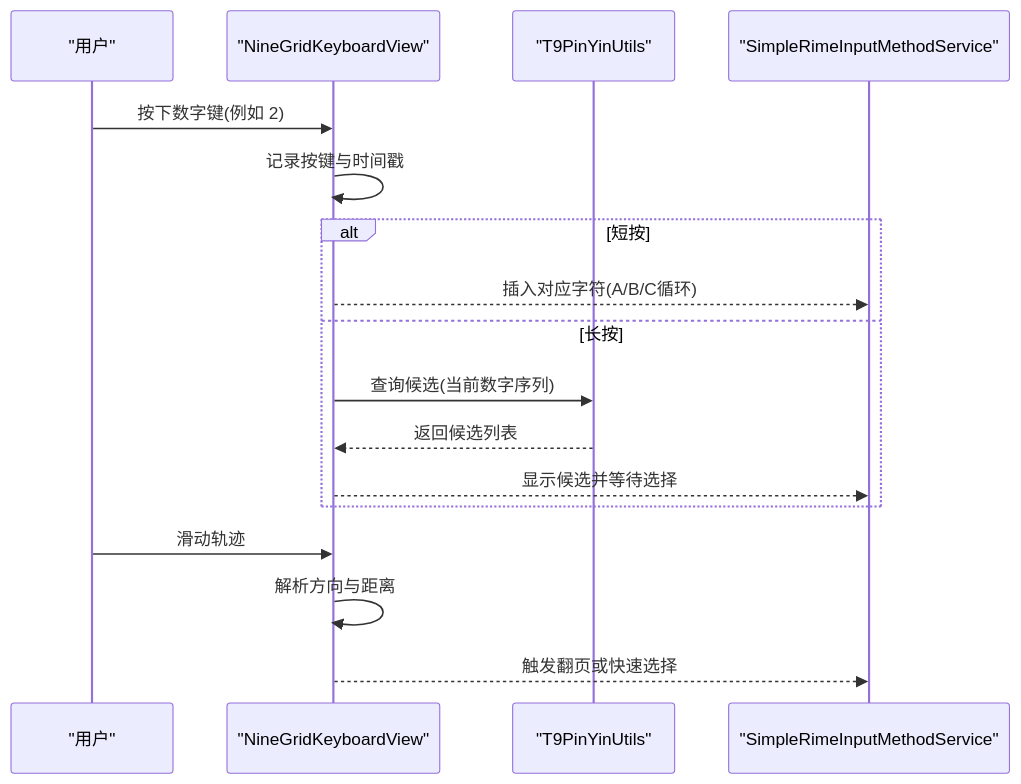
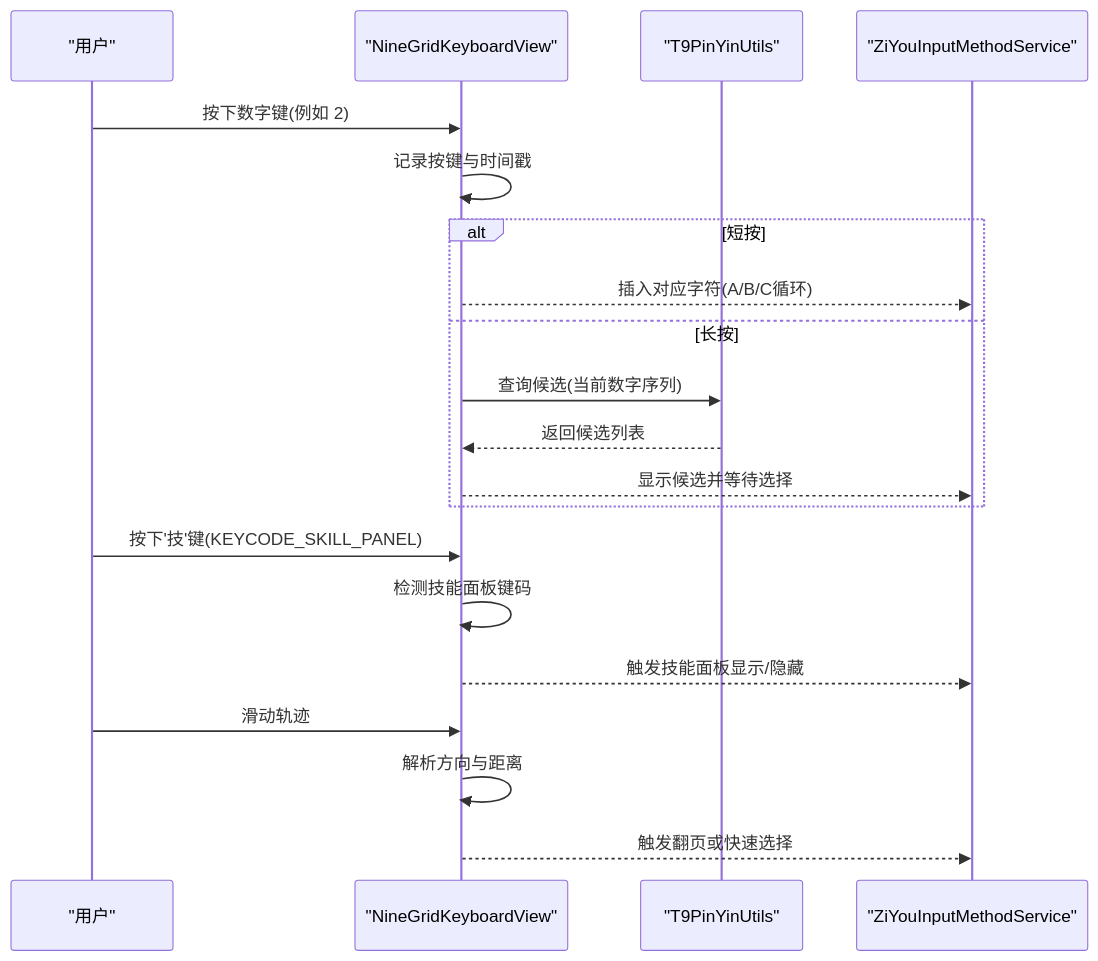
Before and after one commit to qiaodashaoye/ziyou-ime: the fourth of 10 diagrams in .qoder/repowiki/zh/content/键盘实现/键盘实现.md, drawn with Mermaid. The commit also changed other lines of this file and 28 other files, not shown here.

````diff
--- a/.qoder/repowiki/zh/content/键盘实现/键盘实现.md
+++ b/.qoder/repowiki/zh/content/键盘实现/键盘实现.md
@@ -222,19 +244,22 @@
 ```mermaid
 sequenceDiagram
 participant U as "用户"
 participant NGV as "NineGridKeyboardView"
 participant T9 as "T9PinYinUtils"
-participant S as "SimpleRimeInputMethodService"
+participant S as "ZiYouInputMethodService"
 U->>NGV : 按下数字键(例如 2)
 NGV->>NGV : 记录按键与时间戳
 alt 短按
 NGV-->>S : 插入对应字符(A/B/C循环)
 else 长按
 NGV->>T9 : 查询候选(当前数字序列)
 T9-->>NGV : 返回候选列表
 NGV-->>S : 显示候选并等待选择
 end
+U->>NGV : 按下'技'键(KEYCODE_SKILL_PANEL)
+NGV->>NGV : 检测技能面板键码
+NGV-->>S : 触发技能面板显示/隐藏
 U->>NGV : 滑动轨迹
 NGV->>NGV : 解析方向与距离
 NGV-->>S : 触发翻页或快速选择
 ```
````
